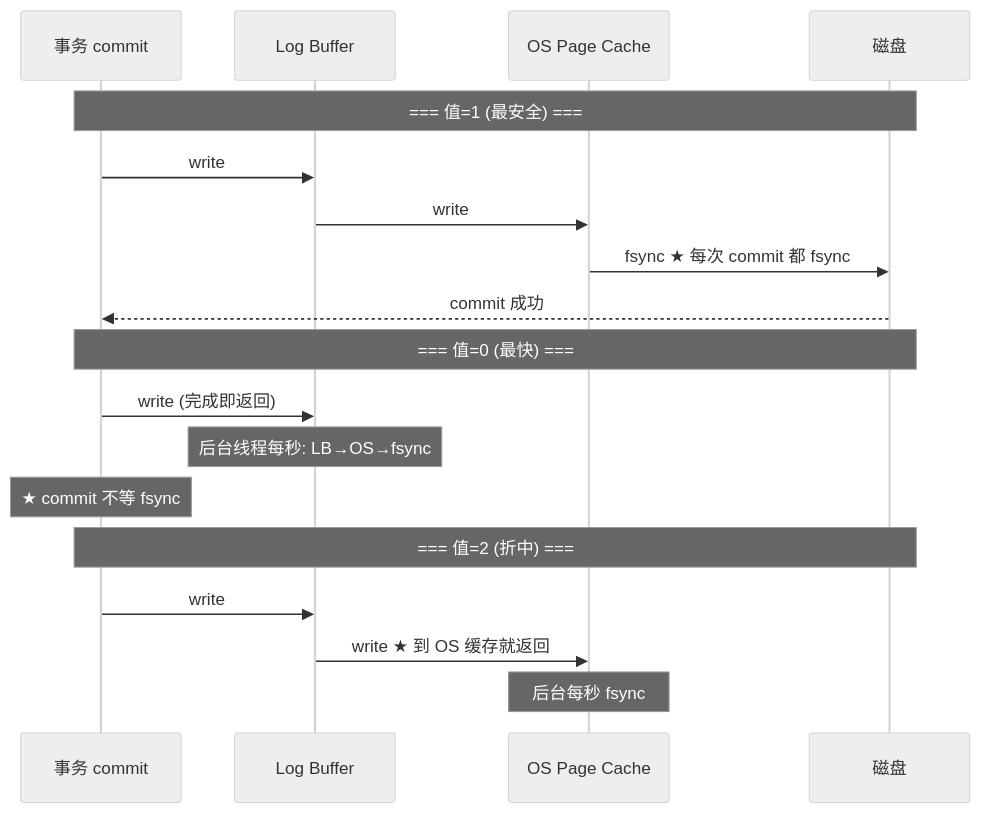
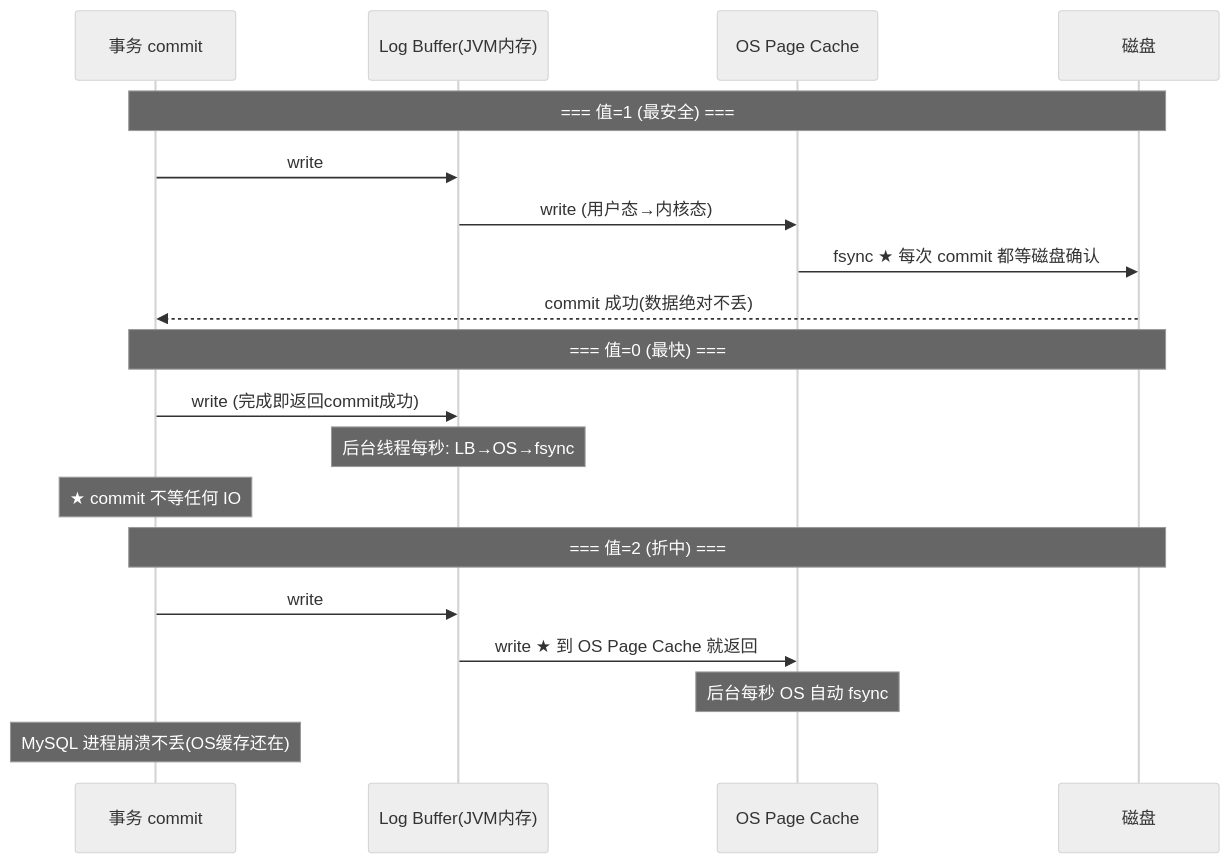
One commit to qigao0787-ops/gq-test changed diagram 24 of 34 in document/strengthen/性能调优面试总结_增强版.md. Above: the diagram before and after it, drawn with Mermaid (neutral theme). The commit also changed other lines of this file, not shown here.

````diff
--- a/document/strengthen/性能调优面试总结_增强版.md
+++ b/document/strengthen/性能调优面试总结_增强版.md
@@ -1563,23 +1740,24 @@
 ```mermaid
 sequenceDiagram
     participant TX as 事务 commit
-    participant LB as Log Buffer
+    participant LB as Log Buffer(JVM内存)
     participant OS as OS Page Cache
     participant Disk as 磁盘
 
     Note over TX,Disk: === 值=1 (最安全) ===
     TX->>LB: write
-    LB->>OS: write
-    OS->>Disk: fsync ★ 每次 commit 都 fsync
-    Disk-->>TX: commit 成功
+    LB->>OS: write (用户态→内核态)
+    OS->>Disk: fsync ★ 每次 commit 都等磁盘确认
+    Disk-->>TX: commit 成功(数据绝对不丢)
 
     Note over TX,Disk: === 值=0 (最快) ===
-    TX->>LB: write (完成即返回)
+    TX->>LB: write (完成即返回commit成功)
     Note over LB: 后台线程每秒: LB→OS→fsync
-    Note over TX: ★ commit 不等 fsync
+    Note over TX: ★ commit 不等任何 IO
 
     Note over TX,Disk: === 值=2 (折中) ===
     TX->>LB: write
-    LB->>OS: write ★ 到 OS 缓存就返回
-    Note over OS: 后台每秒 fsync
+    LB->>OS: write ★ 到 OS Page Cache 就返回
+    Note over OS: 后台每秒 OS 自动 fsync
+    Note over TX: MySQL 进程崩溃不丢(OS缓存还在)
 ```
````
